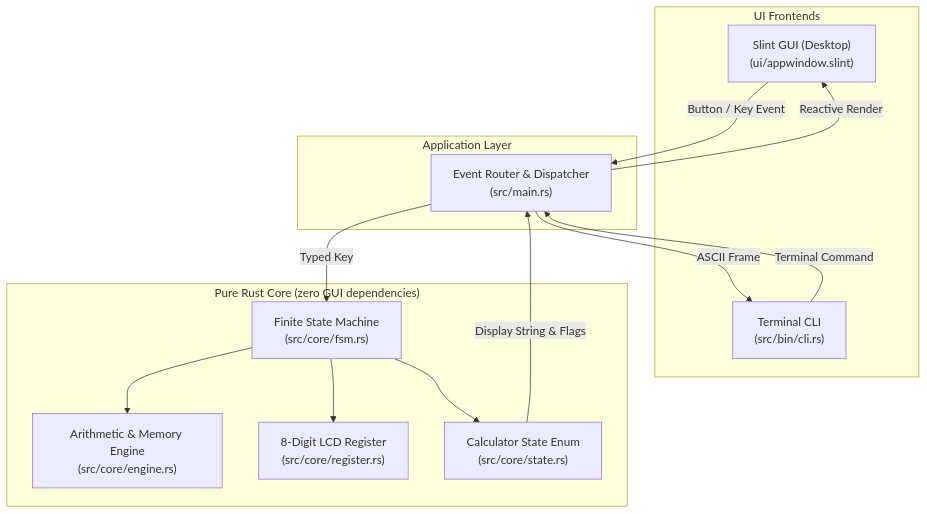
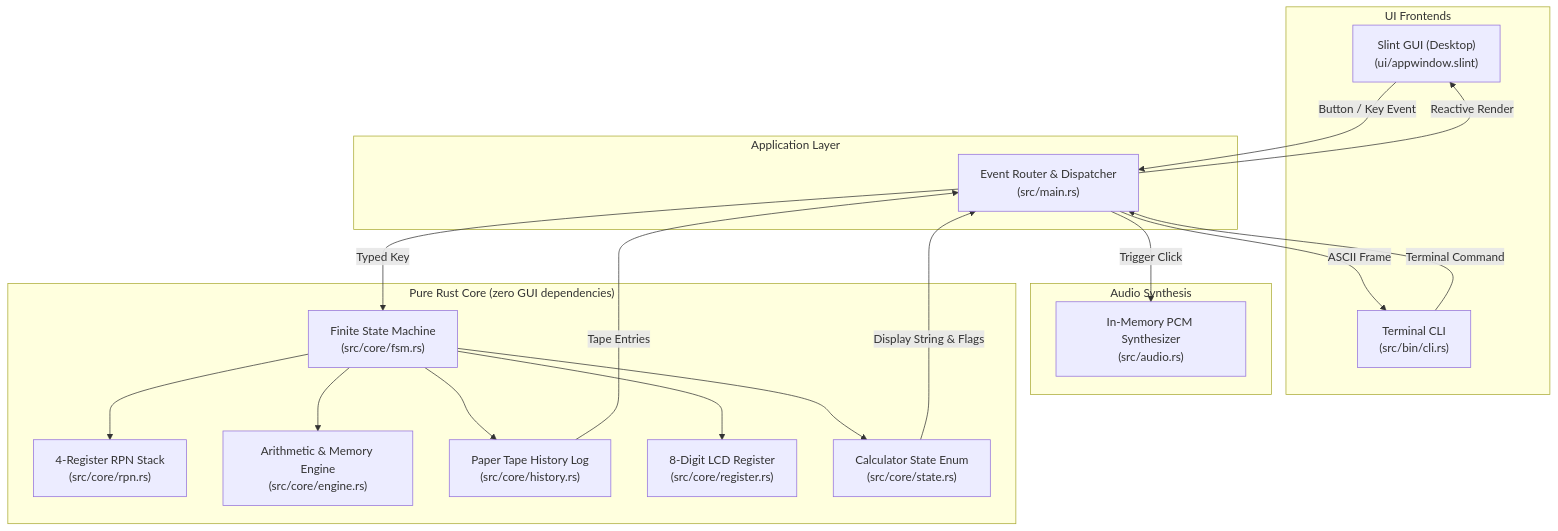
One commit to vikman90/heptaseg changed the diagram in README.md. Above: the diagram before and after it, drawn with Mermaid. The commit also changed other lines of this file and 3 other files, not shown here.

Commit message:
docs: bump version to 0.2.0 and update documentation for paper tape, themes, audio, and RPN

````diff
--- a/README.md
+++ b/README.md
@@ -60,28 +69,38 @@
 ```mermaid
 flowchart TD
     subgraph Frontends ["UI Frontends"]
         GUI["Slint GUI (Desktop)\n(ui/appwindow.slint)"]
         CLI["Terminal CLI\n(src/bin/cli.rs)"]
+    end
+
+    subgraph AudioEngine ["Audio Synthesis"]
+        Sound["In-Memory PCM Synthesizer\n(src/audio.rs)"]
     end
 
     subgraph ControllerLayer ["Application Layer"]
         Ctrl["Event Router & Dispatcher\n(src/main.rs)"]
     end
 
     subgraph CoreEngine ["Pure Rust Core (zero GUI dependencies)"]
         FSM["Finite State Machine\n(src/core/fsm.rs)"]
+        RPN["4-Register RPN Stack\n(src/core/rpn.rs)"]
         Engine["Arithmetic & Memory Engine\n(src/core/engine.rs)"]
+        History["Paper Tape History Log\n(src/core/history.rs)"]
         Reg["8-Digit LCD Register\n(src/core/register.rs)"]
         State["Calculator State Enum\n(src/core/state.rs)"]
     end
 
     GUI -->|Button / Key Event| Ctrl
     CLI -->|Terminal Command| Ctrl
+    Ctrl -->|Trigger Click| Sound
     Ctrl -->|Typed Key| FSM
     FSM --> Engine
+    FSM --> RPN
+    FSM --> History
     FSM --> Reg
     FSM --> State
     State -->|Display String & Flags| Ctrl
+    History -->|Tape Entries| Ctrl
     Ctrl -->|Reactive Render| GUI
     Ctrl -->|ASCII Frame| CLI
 ```
````
